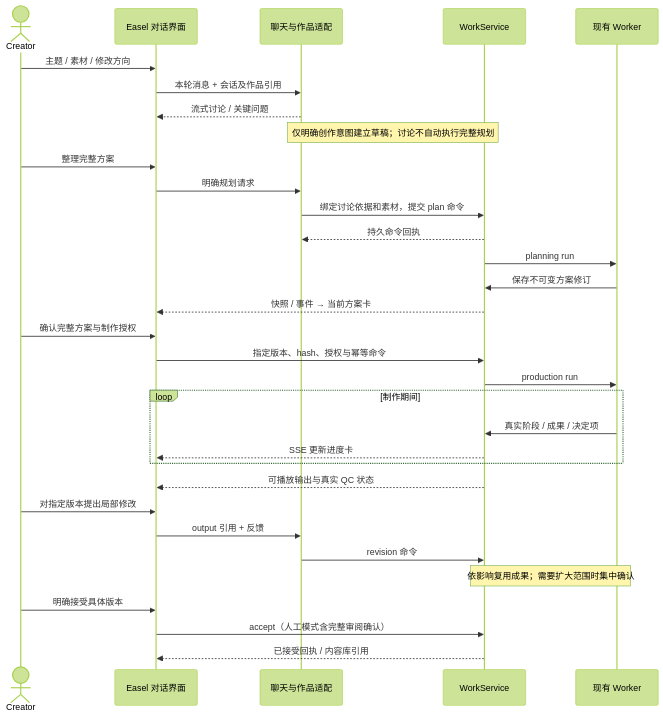
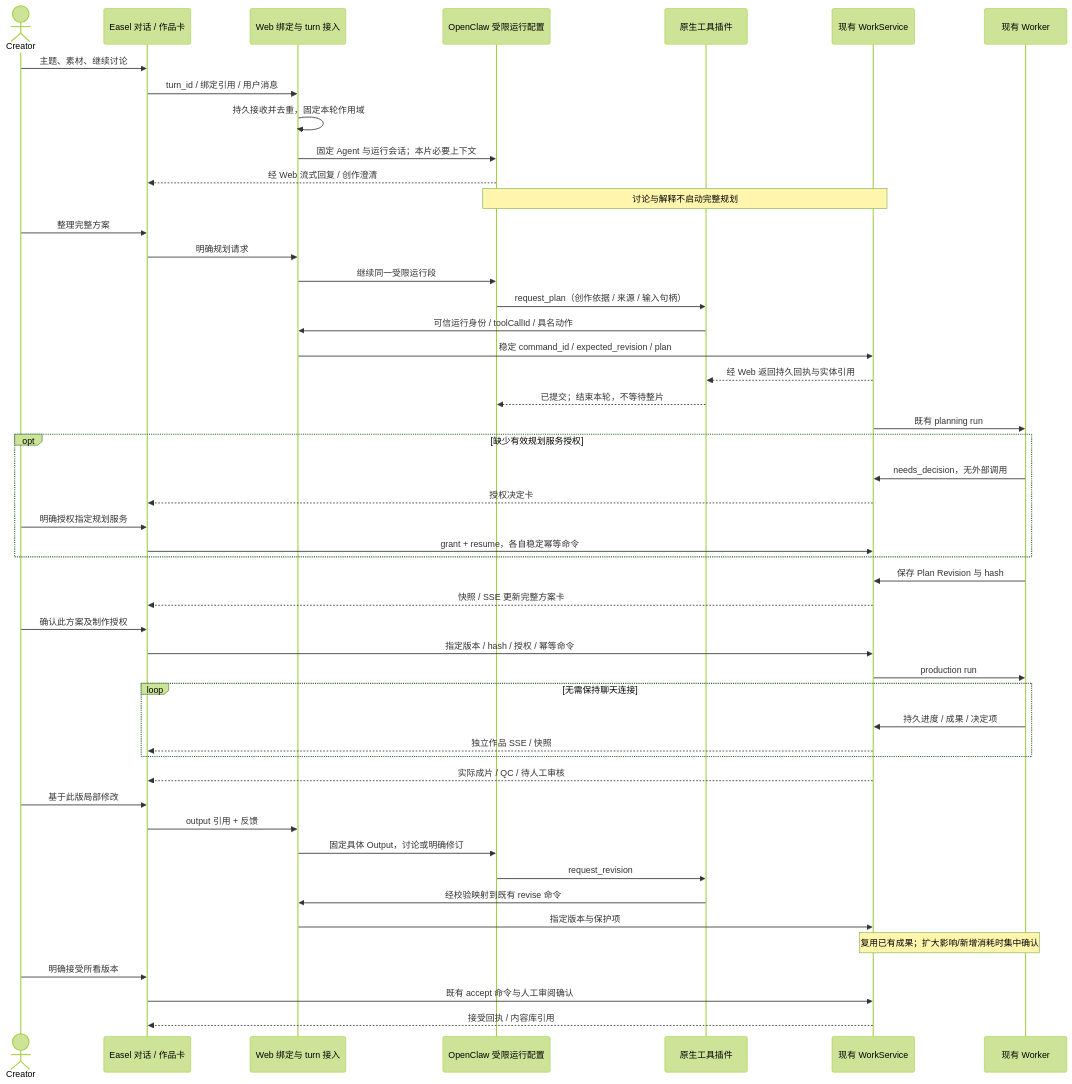
The third of 4 diagrams in docs/v2/20_CONVERSATIONAL_INTERACTION.md (webxia/Easel), drawn with Mermaid (forest theme) before and after one commit. The commit also changed other lines of this file and 9 other files, not shown here.

Commit message:
docs(v2): specify S6-14A OpenClaw integration and interaction flows

````diff
--- a/docs/v2/20_CONVERSATIONAL_INTERACTION.md
+++ b/docs/v2/20_CONVERSATIONAL_INTERACTION.md
@@ -162,34 +214,51 @@
 ```mermaid
 sequenceDiagram
   actor C as Creator
-  participant UI as Easel 对话界面
-  participant Chat as 聊天与作品适配
-  participant API as WorkService
+  participant UI as Easel 对话 / 作品卡
+  participant Web as Web 绑定与 turn 接入
+  participant OC as OpenClaw 受限运行配置
+  participant P as 原生工具插件
+  participant API as 现有 WorkService
   participant W as 现有 Worker
-  C->>UI: 主题 / 素材 / 修改方向
-  UI->>Chat: 本轮消息 + 会话及作品引用
-  Chat-->>UI: 流式讨论 / 关键问题
-  Note over Chat,API: 仅明确创作意图建立草稿；讨论不自动执行完整规划
+  C->>UI: 主题、素材、继续讨论
+  UI->>Web: turn_id / 绑定引用 / 用户消息
+  Web->>Web: 持久接收并去重，固定本轮作用域
+  Web->>OC: 固定 Agent 与运行会话；本片必要上下文
+  OC-->>UI: 经 Web 流式回复 / 创作澄清
+  Note over OC,API: 讨论与解释不启动完整规划
   C->>UI: 整理完整方案
-  UI->>Chat: 明确规划请求
-  Chat->>API: 绑定讨论依据和素材，提交 plan 命令
-  API-->>Chat: 持久命令回执
-  API->>W: planning run
-  W->>API: 保存不可变方案修订
-  API-->>UI: 快照 / 事件 → 当前方案卡
-  C->>UI: 确认完整方案与制作授权
-  UI->>API: 指定版本、hash、授权与幂等命令
+  UI->>Web: 明确规划请求
+  Web->>OC: 继续同一受限运行段
+  OC->>P: request_plan（创作依据 / 来源 / 输入句柄）
+  P->>Web: 可信运行身份 / toolCallId / 具名动作
+  Web->>API: 稳定 command_id / expected_revision / plan
+  API-->>P: 经 Web 返回持久回执与实体引用
+  P-->>OC: 已提交；结束本轮，不等待整片
+  API->>W: 既有 planning run
+  opt 缺少有效规划服务授权
+    W->>API: needs_decision，无外部调用
+    API-->>UI: 授权决定卡
+    C->>UI: 明确授权指定规划服务
+    UI->>API: grant + resume，各自稳定幂等命令
+  end
+  W->>API: 保存 Plan Revision 与 hash
+  API-->>UI: 快照 / SSE 更新完整方案卡
+  C->>UI: 确认此方案及制作授权
+  UI->>API: 指定版本 / hash / 授权 / 幂等命令
   API->>W: production run
-  loop 制作期间
-    W->>API: 真实阶段 / 成果 / 决定项
-    API-->>UI: SSE 更新进度卡
+  loop 无需保持聊天连接
+    W->>API: 持久进度 / 成果 / 决定项
+    API-->>UI: 独立作品 SSE / 快照
   end
-  API-->>UI: 可播放输出与真实 QC 状态
-  C->>UI: 对指定版本提出局部修改
-  UI->>Chat: output 引用 + 反馈
-  Chat->>API: revision 命令
-  Note over API,W: 依影响复用成果；需要扩大范围时集中确认
-  C->>UI: 明确接受具体版本
-  UI->>API: accept（人工模式含完整审阅确认）
-  API-->>UI: 已接受回执 / 内容库引用
+  API-->>UI: 实际成片 / QC / 待人工审核
+  C->>UI: 基于此版局部修改
+  UI->>Web: output 引用 + 反馈
+  Web->>OC: 固定具体 Output，讨论或明确修订
+  OC->>P: request_revision
+  P->>Web: 经校验映射到既有 revise 命令
+  Web->>API: 指定版本与保护项
+  Note over API,W: 复用已有成果；扩大影响/新增消耗时集中确认
+  C->>UI: 明确接受所看版本
+  UI->>API: 既有 accept 命令与人工审阅确认
+  API-->>UI: 接受回执 / 内容库引用
 ```
````
